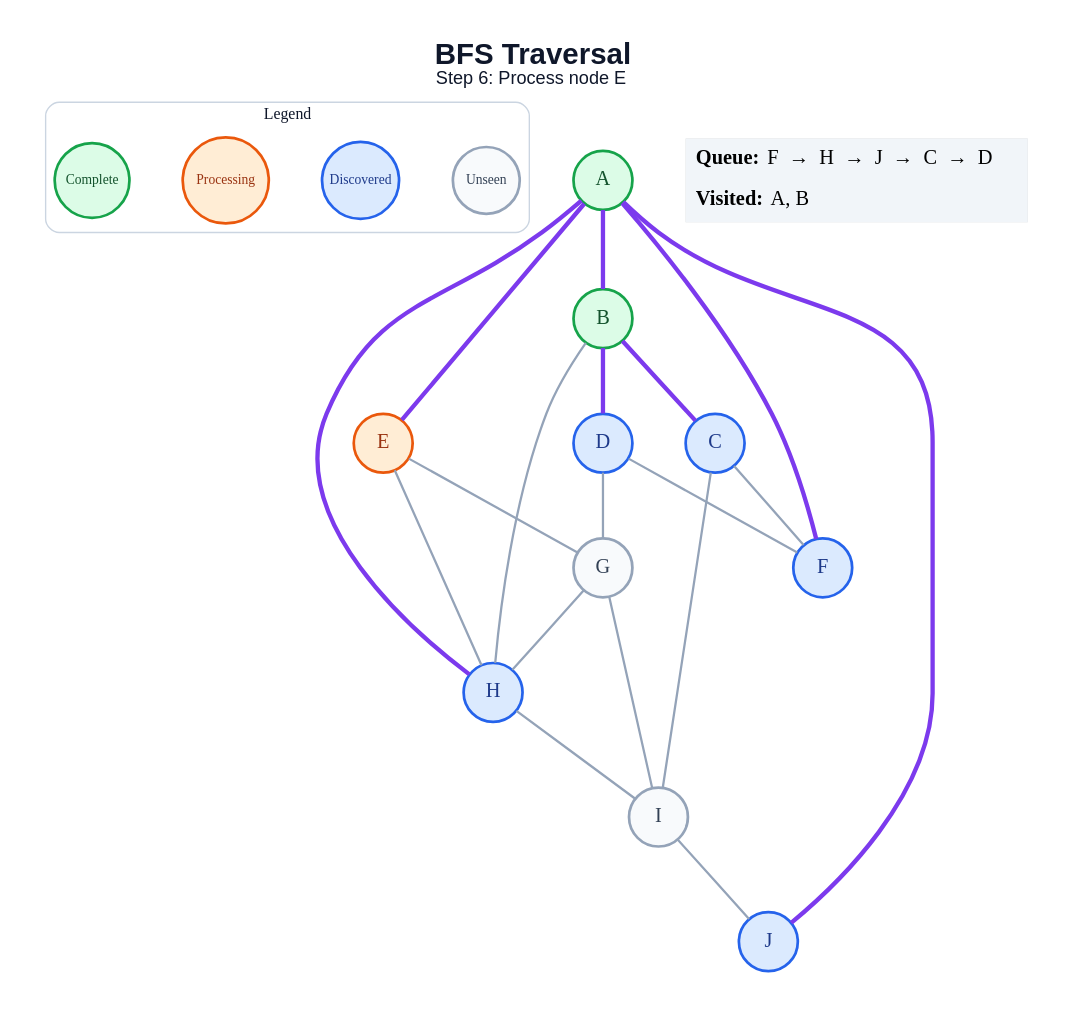
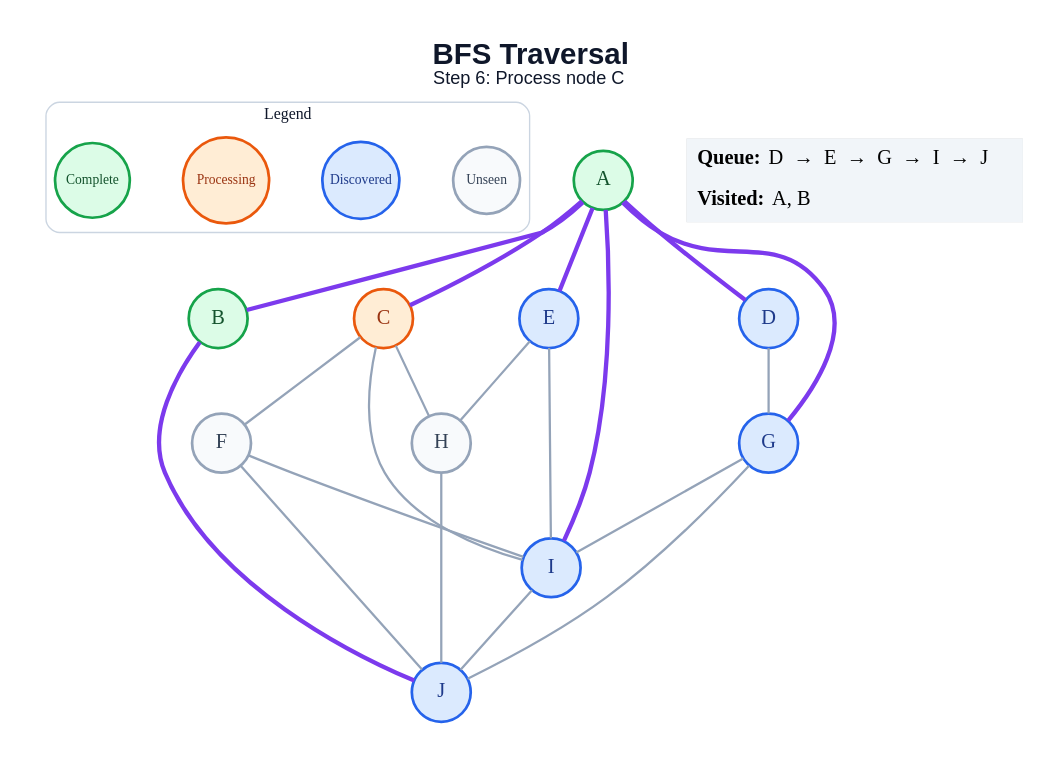
Before and after one commit to anon7238593-create/ai-slop: the diagram in generated/bfs/step_06.dot, drawn with Graphviz. The commit also changed 179 other files, not shown here.

```diff
--- a/generated/bfs/step_06.dot
+++ b/generated/bfs/step_06.dot
@@ -1,47 +1,48 @@
 graph traversal {
   graph [layout=dot, rankdir=TB, bgcolor="#FFFFFF", pad="0.35", nodesep="0.65", ranksep="0.8", fontname="Arial"];
   node [shape=circle, style="filled", fontname="Arial Bold", fontsize=18, width=0.72, fixedsize=true, penwidth=2.4];
   edge [color="#94A3B8", penwidth=2.0];
-  label=<<B>BFS Traversal</B><BR/><FONT POINT-SIZE="16">Step 6: Process node E</FONT>>; labelloc="t"; fontsize=26; fontname="Arial"; fontcolor="#0F172A";
+  label=<<B>BFS Traversal</B><BR/><FONT POINT-SIZE="16">Step 6: Process node C</FONT>>; labelloc="t"; fontsize=26; fontname="Arial"; fontcolor="#0F172A";
   subgraph cluster_legend { label="Legend"; color="#CBD5E1"; penwidth=1.2; style="rounded"; fontsize=14; fontname="Arial Bold";
     key_unseen [label="Unseen", fillcolor="#F8FAFC", color="#94A3B8", fontcolor="#334155", fontsize=12, width=0.82];
     key_frontier [label="Discovered", fillcolor="#DBEAFE", color="#2563EB", fontcolor="#1E3A8A", fontsize=12, width=0.95];
     key_current [label="Processing", fillcolor="#FFEDD5", color="#EA580C", fontcolor="#9A3412", fontsize=12, width=1.05];
     key_done [label="Complete", fillcolor="#DCFCE7", color="#16A34A", fontcolor="#14532D", fontsize=12, width=0.92];
     { rank=same; key_unseen; key_frontier; key_current; key_done; }
   }
   A [fillcolor="#DCFCE7", color="#16A34A", fontcolor="#14532D"];
   B [fillcolor="#DCFCE7", color="#16A34A", fontcolor="#14532D"];
-  C [fillcolor="#DBEAFE", color="#2563EB", fontcolor="#1E3A8A"];
+  C [fillcolor="#FFEDD5", color="#EA580C", fontcolor="#9A3412"];
   D [fillcolor="#DBEAFE", color="#2563EB", fontcolor="#1E3A8A"];
-  E [fillcolor="#FFEDD5", color="#EA580C", fontcolor="#9A3412"];
-  F [fillcolor="#DBEAFE", color="#2563EB", fontcolor="#1E3A8A"];
-  G [fillcolor="#F8FAFC", color="#94A3B8", fontcolor="#334155"];
-  H [fillcolor="#DBEAFE", color="#2563EB", fontcolor="#1E3A8A"];
-  I [fillcolor="#F8FAFC", color="#94A3B8", fontcolor="#334155"];
+  E [fillcolor="#DBEAFE", color="#2563EB", fontcolor="#1E3A8A"];
+  F [fillcolor="#F8FAFC", color="#94A3B8", fontcolor="#334155"];
+  G [fillcolor="#DBEAFE", color="#2563EB", fontcolor="#1E3A8A"];
+  H [fillcolor="#F8FAFC", color="#94A3B8", fontcolor="#334155"];
+  I [fillcolor="#DBEAFE", color="#2563EB", fontcolor="#1E3A8A"];
   J [fillcolor="#DBEAFE", color="#2563EB", fontcolor="#1E3A8A"];
   A -- B [color="#7C3AED", penwidth=3.8];
+  A -- C [color="#7C3AED", penwidth=3.8];
+  A -- D [color="#7C3AED", penwidth=3.8];
   A -- E [color="#7C3AED", penwidth=3.8];
-  A -- F [color="#7C3AED", penwidth=3.8];
-  A -- H [color="#7C3AED", penwidth=3.8];
-  A -- J [color="#7C3AED", penwidth=3.8];
-  B -- C [color="#7C3AED", penwidth=3.8];
-  B -- D [color="#7C3AED", penwidth=3.8];
-  B -- H;
+  A -- G [color="#7C3AED", penwidth=3.8];
+  A -- I [color="#7C3AED", penwidth=3.8];
+  B -- J [color="#7C3AED", penwidth=3.8];
   C -- F;
+  C -- H;
   C -- I;
-  D -- F;
   D -- G;
-  E -- G;
   E -- H;
-  G -- H;
+  E -- I;
+  F -- I;
+  F -- J;
   G -- I;
-  H -- I;
+  G -- J;
+  H -- J;
   I -- J;
   status [shape=plain, fixedsize=false, width=0, height=0, margin=0, label=<
     <TABLE BORDER="0" CELLBORDER="0" CELLPADDING="7" BGCOLOR="#F1F5F9">
-      <TR><TD ALIGN="LEFT"><B>Queue:</B> F  →  H  →  J  →  C  →  D</TD></TR>
+      <TR><TD ALIGN="LEFT"><B>Queue:</B> D  →  E  →  G  →  I  →  J</TD></TR>
       <TR><TD ALIGN="LEFT"><B>Visited:</B> A, B</TD></TR>
     </TABLE>
   >];
 }
```
